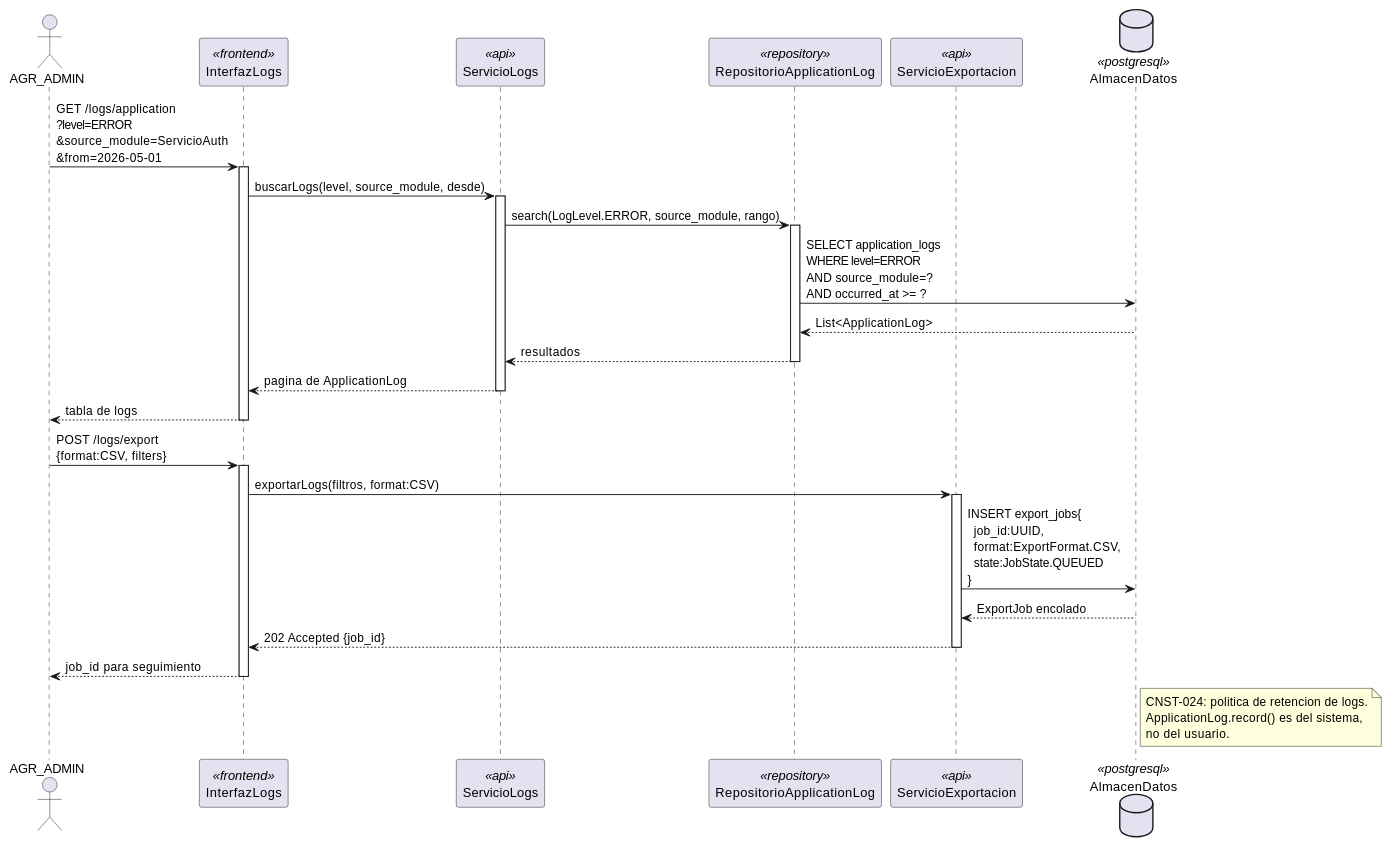
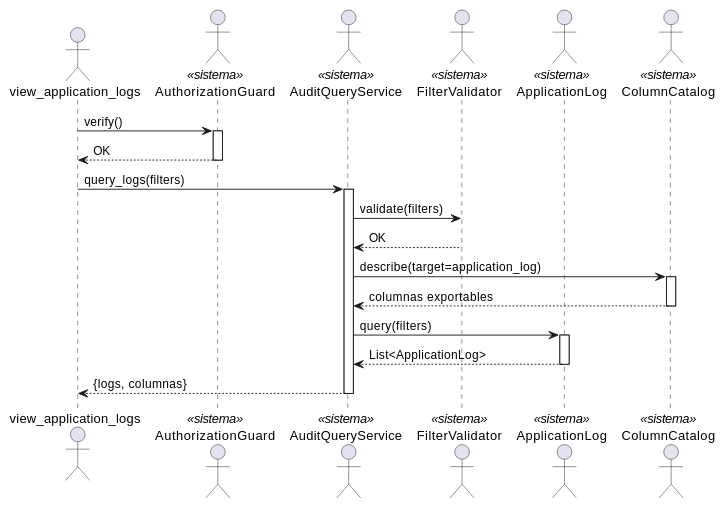
The diagram in source/arquitectura-tecnica/design-view/seq-logs.rst (jcg-admin/IACT-docs), drawn with PlantUML before and after one commit. The commit also changed other lines of this file and 12 other files, not shown here.

First line of the commit message:
Harmonize 13 design-view sequence diagrams to canonical vocab

```diff
--- a/source/arquitectura-tecnica/design-view/seq-logs.rst
+++ b/source/arquitectura-tecnica/design-view/seq-logs.rst
@@ -24,52 +24,37 @@
 .. uml::
- :caption: Design View MOD_Logs — busqueda y exportacion de logs de aplicacion.
+ :caption: MOD_Logs — query con filtros via AuditQueryService.
 
  @startuml
 
- actor AGR_ADMIN
+ actor "view_application_logs" as view_application_logs
+ actor "AuthorizationGuard" as AuthorizationGuard <<sistema>>
+ actor "AuditQueryService" as AuditQueryService <<sistema>>
+ actor "FilterValidator" as FilterValidator <<sistema>>
+ actor "ApplicationLog" as ApplicationLog <<sistema>>
+ actor "ColumnCatalog" as ColumnCatalog <<sistema>>
 
- participant InterfazLogs               <<frontend>>
- participant ServicioLogs               <<api>>
- participant RepositorioApplicationLog  <<repository>>
- participant ServicioExportacion        <<api>>
- database    AlmacenDatos               <<postgresql>>
+ view_application_logs -> AuthorizationGuard : verify()
+ activate AuthorizationGuard
+ AuthorizationGuard --> view_application_logs : OK
+ deactivate AuthorizationGuard
 
- AGR_ADMIN -> InterfazLogs : GET /logs/application\n?level=ERROR\n&source_module=ServicioAuth\n&from=2026-05-01
- activate InterfazLogs
+ view_application_logs -> AuditQueryService : query_logs(filters)
+ activate AuditQueryService
 
- InterfazLogs -> ServicioLogs : buscarLogs(level, source_module, desde)
- activate ServicioLogs
+ AuditQueryService -> FilterValidator : validate(filters)
+ FilterValidator --> AuditQueryService : OK
 
- ServicioLogs -> RepositorioApplicationLog : search(LogLevel.ERROR, source_module, rango)
- activate RepositorioApplicationLog
- RepositorioApplicationLog -> AlmacenDatos : SELECT application_logs\nWHERE level=ERROR\nAND source_module=?\nAND occurred_at >= ?
- AlmacenDatos --> RepositorioApplicationLog : List<ApplicationLog>
- RepositorioApplicationLog --> ServicioLogs : resultados
- deactivate RepositorioApplicationLog
+ AuditQueryService -> ColumnCatalog : describe(target=application_log)
+ activate ColumnCatalog
+ ColumnCatalog --> AuditQueryService : columnas exportables
+ deactivate ColumnCatalog
 
- ServicioLogs --> InterfazLogs : pagina de ApplicationLog
- deactivate ServicioLogs
- InterfazLogs --> AGR_ADMIN : tabla de logs
- deactivate InterfazLogs
+ AuditQueryService -> ApplicationLog : query(filters)
+ activate ApplicationLog
+ ApplicationLog --> AuditQueryService : List<ApplicationLog>
+ deactivate ApplicationLog
 
- AGR_ADMIN -> InterfazLogs : POST /logs/export\n{format:CSV, filters}
- activate InterfazLogs
-
- InterfazLogs -> ServicioExportacion : exportarLogs(filtros, format:CSV)
- activate ServicioExportacion
-
- ServicioExportacion -> AlmacenDatos : INSERT export_jobs{\n  job_id:UUID,\n  format:ExportFormat.CSV,\n  state:JobState.QUEUED\n}
- AlmacenDatos --> ServicioExportacion : ExportJob encolado
-
- ServicioExportacion --> InterfazLogs : 202 Accepted {job_id}
- deactivate ServicioExportacion
- InterfazLogs --> AGR_ADMIN : job_id para seguimiento
- deactivate InterfazLogs
-
- note right of AlmacenDatos
-   CNST-024: politica de retencion de logs.
-   ApplicationLog.record() es del sistema,
-   no del usuario.
- end note
+ AuditQueryService --> view_application_logs : {logs, columnas}
+ deactivate AuditQueryService
 
  @enduml
```
